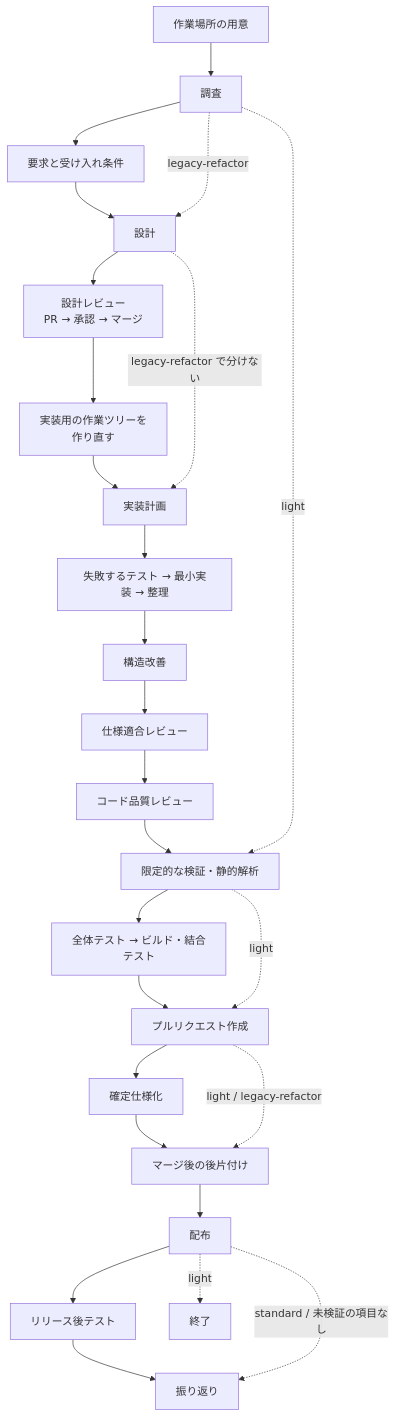
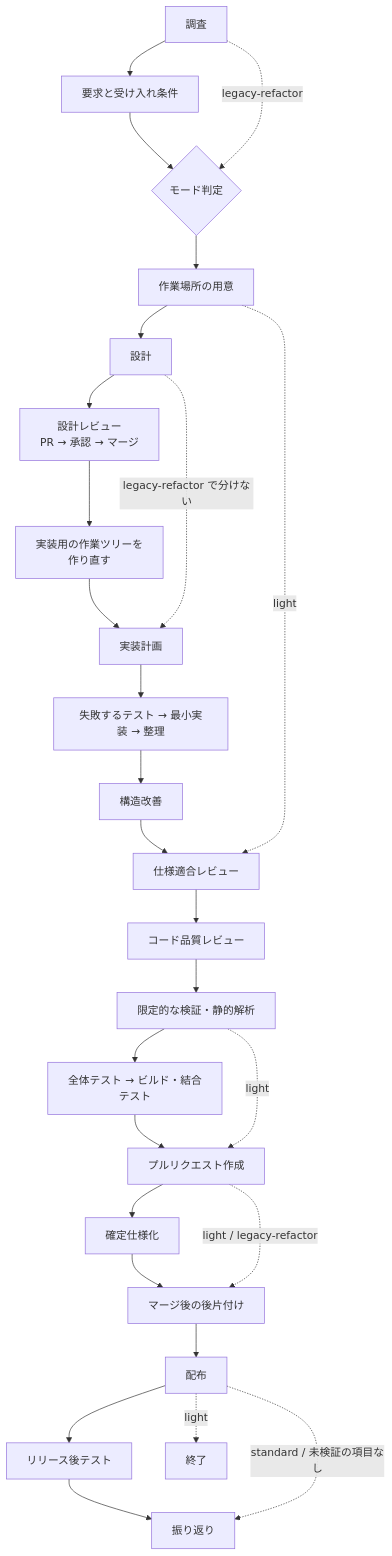
Before and after one commit to devbasex/ai-plugins: the second of 2 diagrams in plugins/ndf/skills/development-workflow/SKILL.md, drawn with Mermaid. The commit also changed other lines of this file and 10 other files, not shown here.

````diff
--- a/plugins/ndf/skills/development-workflow/SKILL.md
+++ b/plugins/ndf/skills/development-workflow/SKILL.md
@@ -226,28 +246,29 @@
 ```mermaid
 flowchart TD
-    S[作業場所の用意] --> A[調査]
-    A --> B[要求と受け入れ条件]
-    B --> C[設計]
+    A[調査] --> B[要求と受け入れ条件]
+    B --> D{モード判定}
+    D --> S[作業場所の用意]
+    S --> C[設計]
     C --> F[設計レビュー<br/>PR → 承認 → マージ]
     F --> W[実装用の作業ツリーを<br/>作り直す]
     W --> G[実装計画]
     G --> H[失敗するテスト → 最小実装 → 整理]
     H --> R[構造改善]
     R --> I[仕様適合レビュー]
     I --> J[コード品質レビュー]
     J --> K[限定的な検証・静的解析]
     K --> N[全体テスト → ビルド・結合テスト]
     N --> L[プルリクエスト作成]
     L --> M[確定仕様化]
     M --> P[マージ後の後片付け]
     P --> RL[配布]
     RL --> Q[リリース後テスト]
     Q --> T[振り返り]
     RL -.->|standard / 未検証の項目なし| T
-    A -.->|legacy-refactor| C
+    A -.->|legacy-refactor| D
     C -.->|legacy-refactor で分けない| G
-    A -.->|light| K
+    S -.->|light| I
     K -.->|light| L
     L -.->|light / legacy-refactor| P
     RL -.->|light| Z[終了]
 ```
````
